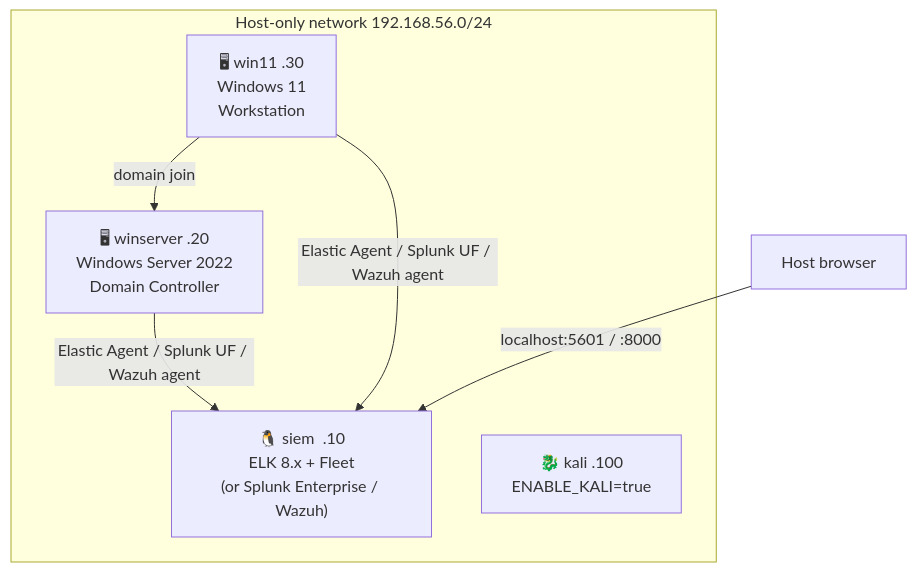
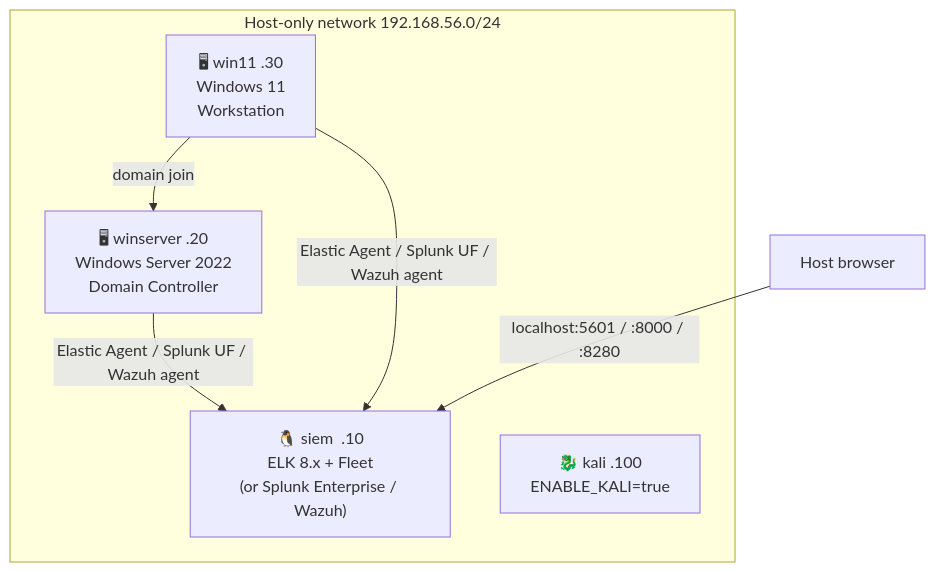
One commit to enonethreezed/MiniLab changed the diagram in docs/index.md. Above: the diagram before and after it, drawn with Mermaid. The commit also changed 2 other files, not shown here.

Commit message:
Restrict forwarded lab ports to localhost

````diff
--- a/docs/index.md
+++ b/docs/index.md
@@ -33,14 +33,14 @@
 ```mermaid
 graph TB
     subgraph net["Host-only network 192.168.56.0/24"]
         SIEM["🐧 siem  .10\nELK 8.x + Fleet\n(or Splunk Enterprise / Wazuh)"]
         WS["🖥 winserver  .20\nWindows Server 2022\nDomain Controller"]
         W11["🖥 win11  .30\nWindows 11\nWorkstation"]
         KALI["🐉 kali  .100\nENABLE_KALI=true"]
     end
     WS -->|"Elastic Agent / Splunk UF / Wazuh agent"| SIEM
     W11 -->|"Elastic Agent / Splunk UF / Wazuh agent"| SIEM
     W11 -->|"domain join"| WS
 
-    HOST["Host browser"] -->|"localhost:5601 / :8000"| SIEM
+    HOST["Host browser"] -->|"localhost:5601 / :8000 / :8280"| SIEM
 ```
````
